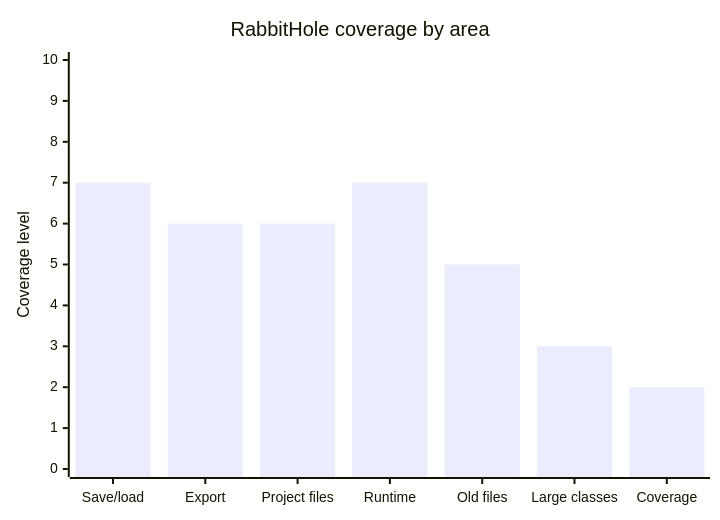
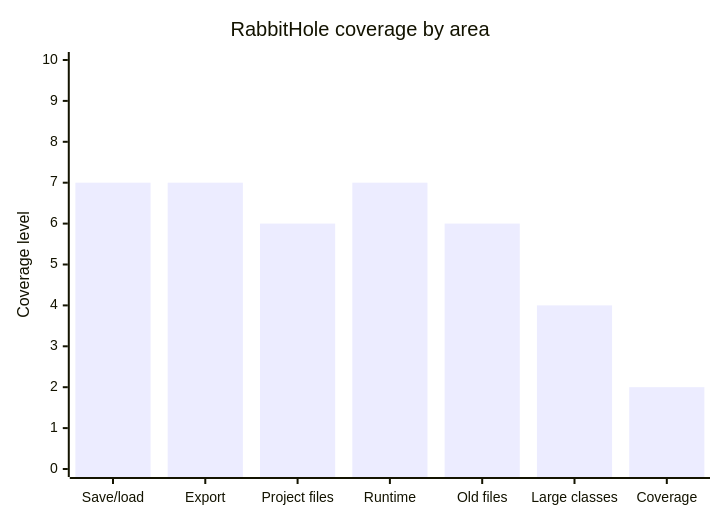
Before and after one commit to rysweet/drinkme: the third of 6 diagrams in README.md, drawn with Mermaid. The commit also changed other lines of this file, not shown here.

````diff
--- a/README.md
+++ b/README.md
@@ -76,7 +76,7 @@
 ```mermaid
 xychart-beta
   title "RabbitHole coverage by area"
   x-axis ["Save/load", "Export", "Project files", "Runtime", "Old files", "Large classes", "Coverage"]
   y-axis "Coverage level" 0 --> 10
-  bar [7, 6, 6, 7, 5, 3, 2]
+  bar [7, 7, 6, 7, 6, 4, 2]
 ```
````
